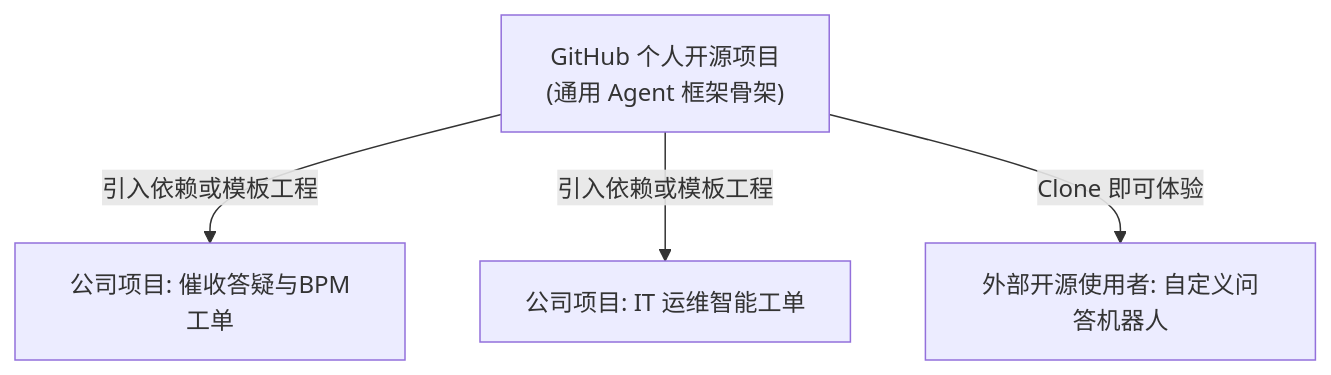
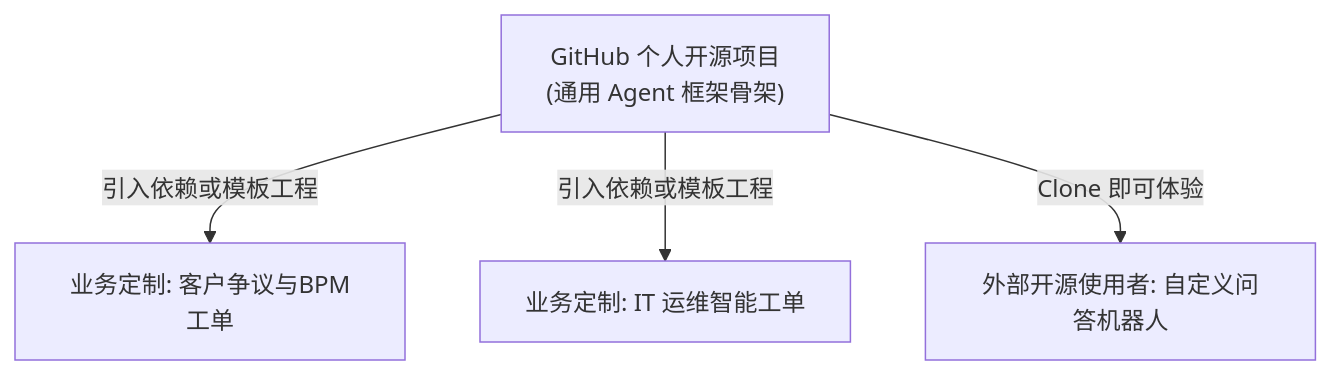
Before and after one commit to 1264585648/spring-ai-agentflow: the second of 2 diagrams in docs/02-通用Agent骨架边界与设计哲学.md, drawn with Mermaid. The commit also changed other lines of this file and 31 other files, not shown here.

````diff
--- a/docs/02-通用Agent骨架边界与设计哲学.md
+++ b/docs/02-通用Agent骨架边界与设计哲学.md
@@ -73,11 +73,11 @@
 ```mermaid
 flowchart TD
     Core["GitHub 个人开源项目<br/>(通用 Agent 框架骨架)"]
-    CompanyA["公司项目: 催收答疑与BPM工单"]
-    CompanyB["公司项目: IT 运维智能工单"]
+    CompanyA["业务定制: 客户争议与BPM工单"]
+    CompanyB["业务定制: IT 运维智能工单"]
     CompanyC["外部开源使用者: 自定义问答机器人"]
 
     Core -->|引入依赖或模板工程| CompanyA
     Core -->|引入依赖或模板工程| CompanyB
     Core -->|Clone 即可体验| CompanyC
 ```
````
